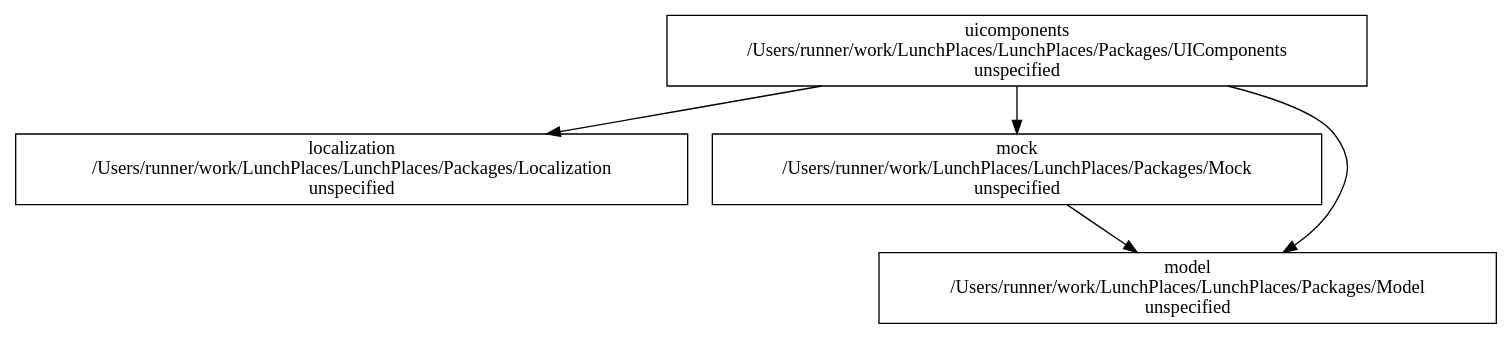
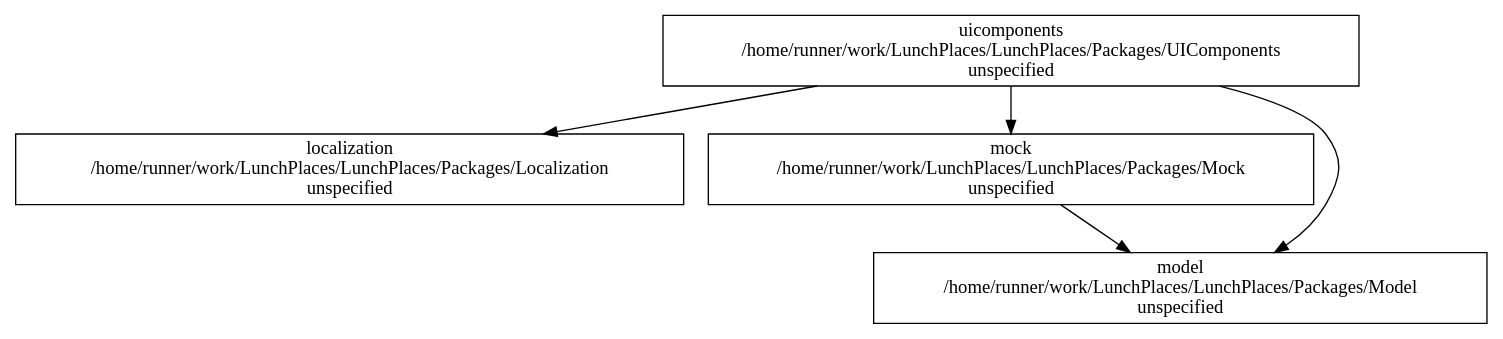
The diagram in Packages/UIComponents/images/dependencies.dot (mgacy/LunchPlaces), drawn with Graphviz before and after one commit. The commit also changed 7 other files, not shown here.

Commit message:
Update package dependency graphs

```diff
--- a/Packages/UIComponents/images/dependencies.dot
+++ b/Packages/UIComponents/images/dependencies.dot
@@ -1,11 +1,11 @@
 digraph DependenciesGraph {
 node [shape = box]
-"/Users/runner/work/LunchPlaces/LunchPlaces/Packages/UIComponents" [label="uicomponents\n/Users/runner/work/LunchPlaces/LunchPlaces/Packages/UIComponents\nunspecified"]
-"/Users/runner/work/LunchPlaces/LunchPlaces/Packages/Localization" [label="localization\n/Users/runner/work/LunchPlaces/LunchPlaces/Packages/Localization\nunspecified"]
-"/Users/runner/work/LunchPlaces/LunchPlaces/Packages/UIComponents" -> "/Users/runner/work/LunchPlaces/LunchPlaces/Packages/Localization"
-"/Users/runner/work/LunchPlaces/LunchPlaces/Packages/Mock" [label="mock\n/Users/runner/work/LunchPlaces/LunchPlaces/Packages/Mock\nunspecified"]
-"/Users/runner/work/LunchPlaces/LunchPlaces/Packages/UIComponents" -> "/Users/runner/work/LunchPlaces/LunchPlaces/Packages/Mock"
-"/Users/runner/work/LunchPlaces/LunchPlaces/Packages/Model" [label="model\n/Users/runner/work/LunchPlaces/LunchPlaces/Packages/Model\nunspecified"]
-"/Users/runner/work/LunchPlaces/LunchPlaces/Packages/Mock" -> "/Users/runner/work/LunchPlaces/LunchPlaces/Packages/Model"
-"/Users/runner/work/LunchPlaces/LunchPlaces/Packages/UIComponents" -> "/Users/runner/work/LunchPlaces/LunchPlaces/Packages/Model"
+"/home/runner/work/LunchPlaces/LunchPlaces/Packages/UIComponents" [label="uicomponents\n/home/runner/work/LunchPlaces/LunchPlaces/Packages/UIComponents\nunspecified"]
+"/home/runner/work/LunchPlaces/LunchPlaces/Packages/Localization" [label="localization\n/home/runner/work/LunchPlaces/LunchPlaces/Packages/Localization\nunspecified"]
+"/home/runner/work/LunchPlaces/LunchPlaces/Packages/UIComponents" -> "/home/runner/work/LunchPlaces/LunchPlaces/Packages/Localization"
+"/home/runner/work/LunchPlaces/LunchPlaces/Packages/Mock" [label="mock\n/home/runner/work/LunchPlaces/LunchPlaces/Packages/Mock\nunspecified"]
+"/home/runner/work/LunchPlaces/LunchPlaces/Packages/UIComponents" -> "/home/runner/work/LunchPlaces/LunchPlaces/Packages/Mock"
+"/home/runner/work/LunchPlaces/LunchPlaces/Packages/Model" [label="model\n/home/runner/work/LunchPlaces/LunchPlaces/Packages/Model\nunspecified"]
+"/home/runner/work/LunchPlaces/LunchPlaces/Packages/Mock" -> "/home/runner/work/LunchPlaces/LunchPlaces/Packages/Model"
+"/home/runner/work/LunchPlaces/LunchPlaces/Packages/UIComponents" -> "/home/runner/work/LunchPlaces/LunchPlaces/Packages/Model"
 }
```
